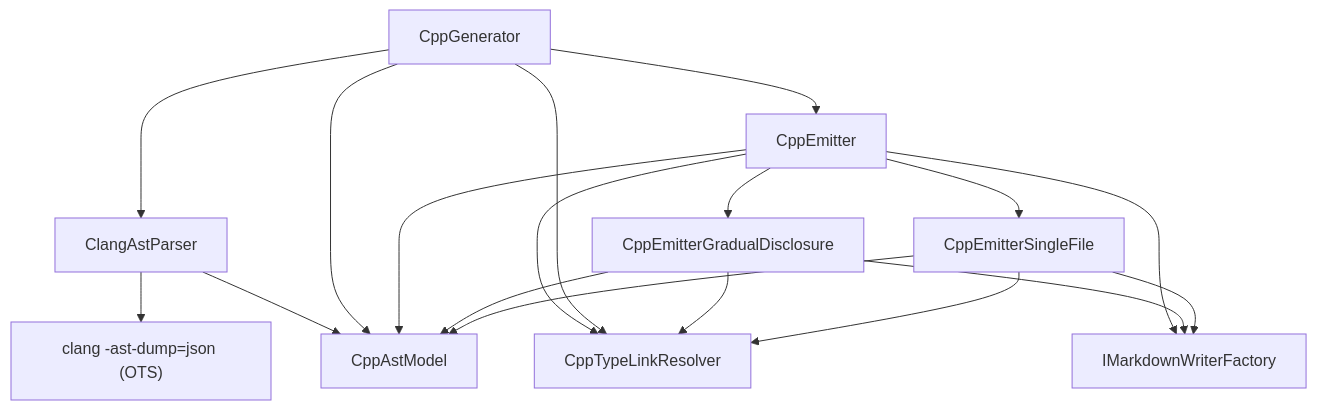
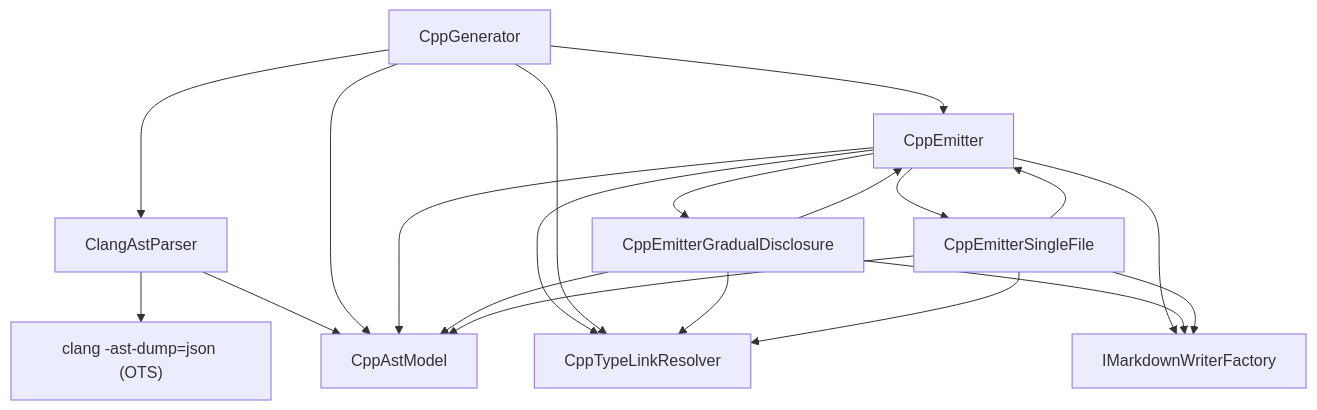
One commit to demaconsulting/ApiMark changed the diagram in docs/design/api-mark-cpp.md. Above: the diagram before and after it, drawn with Mermaid. The commit also changed other lines of this file and 4 other files, not shown here.

First line of the commit message:
fix: Batch 3 Cpp reviews Architecture/Verification R7 direct doc fixes

````diff
--- a/docs/design/api-mark-cpp.md
+++ b/docs/design/api-mark-cpp.md
@@ -25,20 +25,22 @@
 ```mermaid
 flowchart TD
     CppGenerator --> ClangAstParser
     ClangAstParser --> clang["clang -ast-dump=json (OTS)"]
     ClangAstParser --> CppAstModel
     CppGenerator --> CppAstModel
     CppGenerator --> CppEmitter
     CppEmitter --> CppEmitterGradualDisclosure
     CppEmitter --> CppEmitterSingleFile
+    CppEmitterGradualDisclosure --> CppEmitter
+    CppEmitterSingleFile --> CppEmitter
     CppEmitter --> CppTypeLinkResolver
     CppEmitter --> IMarkdownWriterFactory
     CppGenerator --> CppTypeLinkResolver
     CppEmitter --> CppAstModel
     CppEmitterGradualDisclosure --> CppAstModel
     CppEmitterSingleFile --> CppAstModel
     CppEmitterGradualDisclosure --> CppTypeLinkResolver
     CppEmitterSingleFile --> CppTypeLinkResolver
     CppEmitterGradualDisclosure --> IMarkdownWriterFactory
     CppEmitterSingleFile --> IMarkdownWriterFactory
 ```
````
